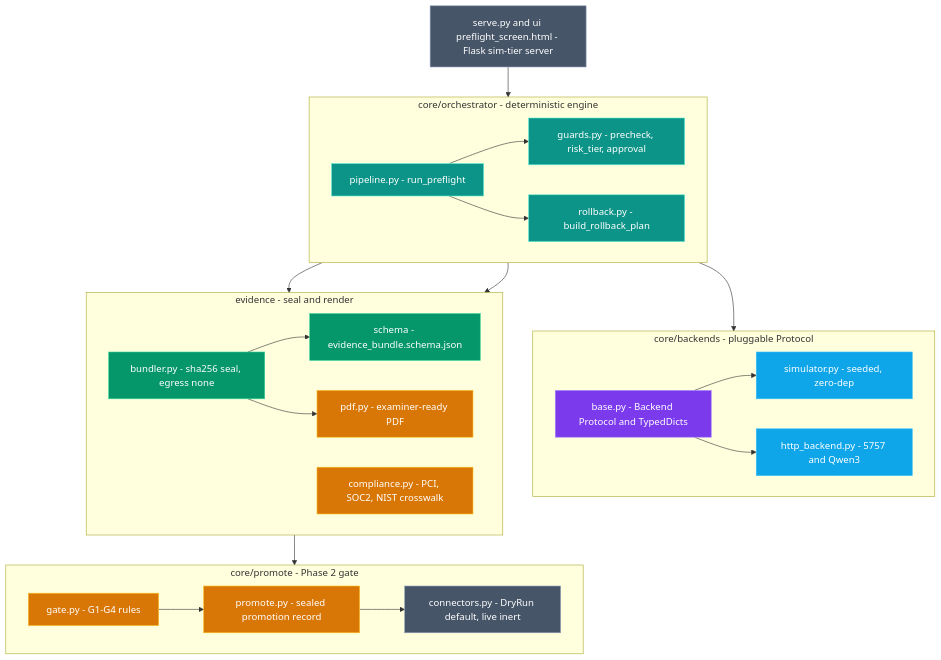
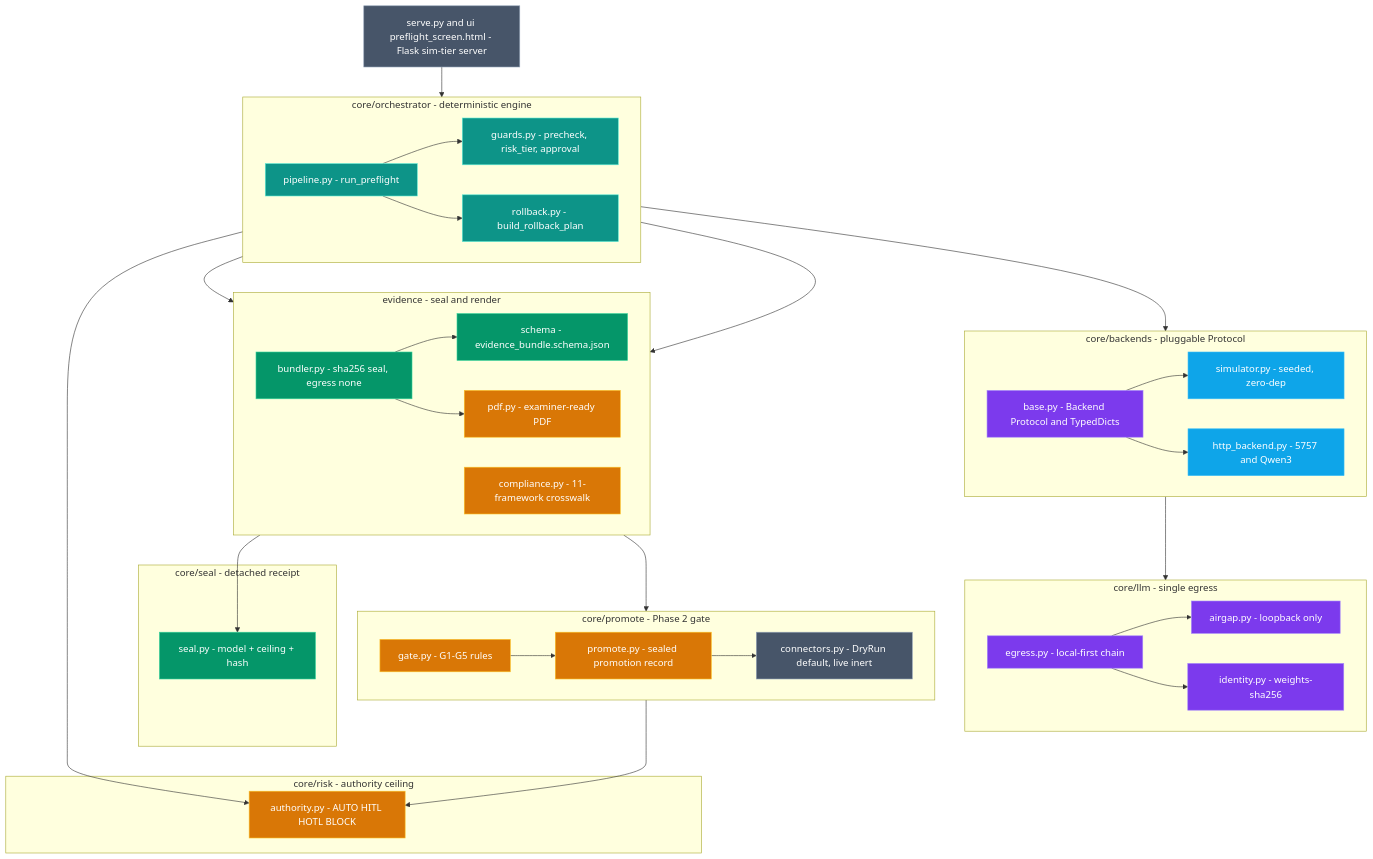
The second of 6 diagrams in docs/ARCHITECTURE.md (gesh75/aegis), drawn with Mermaid before and after one commit. The commit also changed other lines of this file and 6 other files, not shown here.

````diff
--- a/docs/ARCHITECTURE.md
+++ b/docs/ARCHITECTURE.md
@@ -82,54 +92,75 @@
 ```mermaid
 flowchart TB
     UI["serve.py and ui preflight_screen.html - Flask sim-tier server"]:::edge
 
     subgraph ORCH["core/orchestrator - deterministic engine"]
         direction LR
         PIPE["pipeline.py - run_preflight"]:::core
         GUARD["guards.py - precheck, risk_tier, approval"]:::core
         ROLL["rollback.py - build_rollback_plan"]:::core
     end
 
     subgraph BACK["core/backends - pluggable Protocol"]
         direction LR
         BASE["base.py - Backend Protocol and TypedDicts"]:::proto
         SIM["simulator.py - seeded, zero-dep"]:::svc
         HTTP["http_backend.py - 5757 and Qwen3"]:::svc
     end
 
+    subgraph LLM["core/llm - single egress"]
+        direction LR
+        AIR["airgap.py - loopback only"]:::proto
+        EGR["egress.py - local-first chain"]:::proto
+        IDN["identity.py - weights-sha256"]:::proto
+    end
+
+    subgraph RISK["core/risk - authority ceiling"]
+        AUTH["authority.py - AUTO HITL HOTL BLOCK"]:::accent
+    end
+
     subgraph EVID["evidence - seal and render"]
         direction LR
         BUND["bundler.py - sha256 seal, egress none"]:::data
-        COMP["compliance.py - PCI, SOC2, NIST crosswalk"]:::accent
+        COMP["compliance.py - 11-framework crosswalk"]:::accent
         PDF["pdf.py - examiner-ready PDF"]:::accent
         SCHEMA["schema - evidence_bundle.schema.json"]:::data
     end
 
+    subgraph SEAL["core/seal - detached receipt"]
+        RCPT["seal.py - model + ceiling + hash"]:::data
+    end
+
     subgraph PROM["core/promote - Phase 2 gate"]
         direction LR
-        GATE["gate.py - G1-G4 rules"]:::accent
+        GATE["gate.py - G1-G5 rules"]:::accent
         PROMO["promote.py - sealed promotion record"]:::accent
         CONN["connectors.py - DryRun default, live inert"]:::edge
     end
 
     UI --> PIPE
     PIPE --> GUARD
     PIPE --> BASE
     BASE --> SIM
     BASE --> HTTP
+    HTTP --> EGR
+    EGR --> AIR
+    EGR --> IDN
+    PIPE --> AUTH
     PIPE --> COMP
     PIPE --> ROLL
     PIPE --> BUND
     BUND --> SCHEMA
     BUND --> PDF
+    BUND --> RCPT
     BUND --> GATE
+    GATE --> AUTH
     GATE --> PROMO
     PROMO --> CONN
 
     classDef edge fill:#475569,stroke:#94a3b8,color:#fff
     classDef core fill:#0d9488,stroke:#5eead4,color:#fff
     classDef proto fill:#7c3aed,stroke:#a78bfa,color:#fff
     classDef svc fill:#0ea5e9,stroke:#38bdf8,color:#fff
     classDef data fill:#059669,stroke:#34d399,color:#fff
     classDef accent fill:#d97706,stroke:#fbbf24,color:#fff
 ```
````
